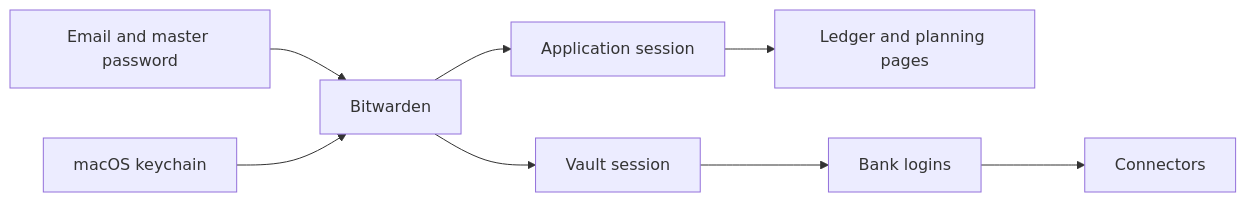
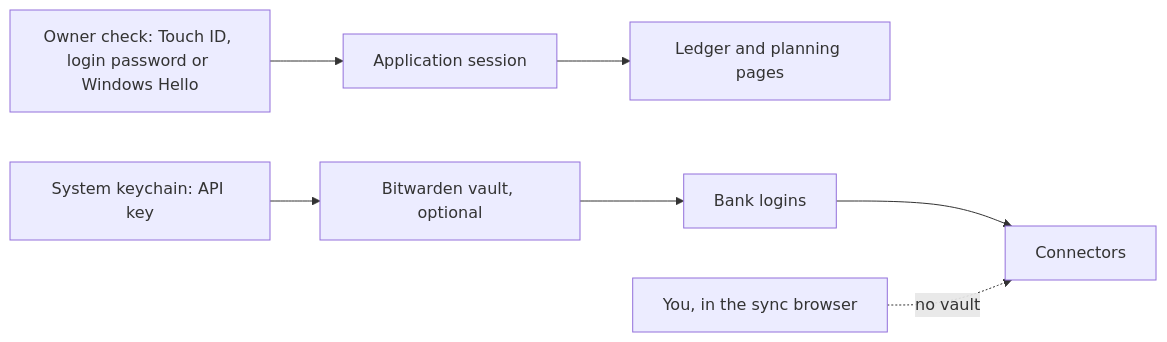
Before and after one commit to spinningyoyo/omsync: the first of 2 diagrams in docs/architecture/access.md, drawn with Mermaid. The commit also changed other lines of this file and 55 other files, not shown here.

First line of the commit message:
feat(access): sign in with the computer's owner check and make the vault optional

````diff
--- a/docs/architecture/access.md
+++ b/docs/architecture/access.md
@@ -10,9 +10,8 @@
 ```mermaid
 flowchart LR
-    SignIn[Email and master password] --> Bitwarden
-    Bitwarden --> App[Application session]
-    Bitwarden --> Vault[Vault session]
+    Owner[Owner check: Touch ID, login password or Windows Hello] --> App[Application session]
     App --> Pages[Ledger and planning pages]
-    Vault --> Logins[Bank logins] --> Connectors
-    Keychain[macOS keychain] --> Bitwarden
+    Vault[Bitwarden vault, optional] --> Logins[Bank logins] --> Connectors
+    Keychain[System keychain: API key] --> Vault
+    You[You, in the sync browser] -.->|no vault| Connectors
 ```
````
